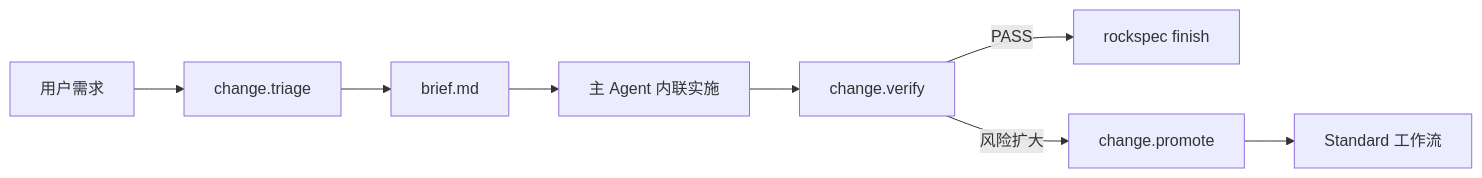
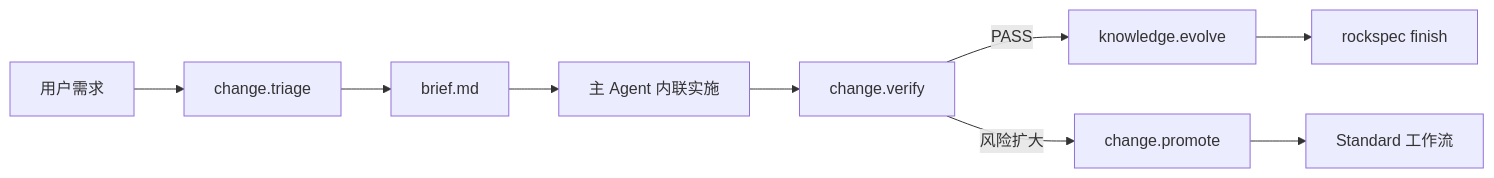
The second of 2 diagrams in docs/rockspec/rockspec-technical-solution.md (FungLi/rockspec), drawn with Mermaid before and after one commit. The commit also changed other lines of this file and 81 other files, not shown here.

````diff
--- a/docs/rockspec/rockspec-technical-solution.md
+++ b/docs/rockspec/rockspec-technical-solution.md
@@ -328,10 +357,11 @@
 ```mermaid
 flowchart LR
     A[用户需求] --> B[change.triage]
     B --> C[brief.md]
     C --> D[主 Agent 内联实施]
     D --> E[change.verify]
-    E -->|PASS| F[rockspec finish]
+    E -->|PASS| F[knowledge.evolve]
+    F --> I[rockspec finish]
     E -->|风险扩大| G[change.promote]
     G --> H[Standard 工作流]
 ```
````
